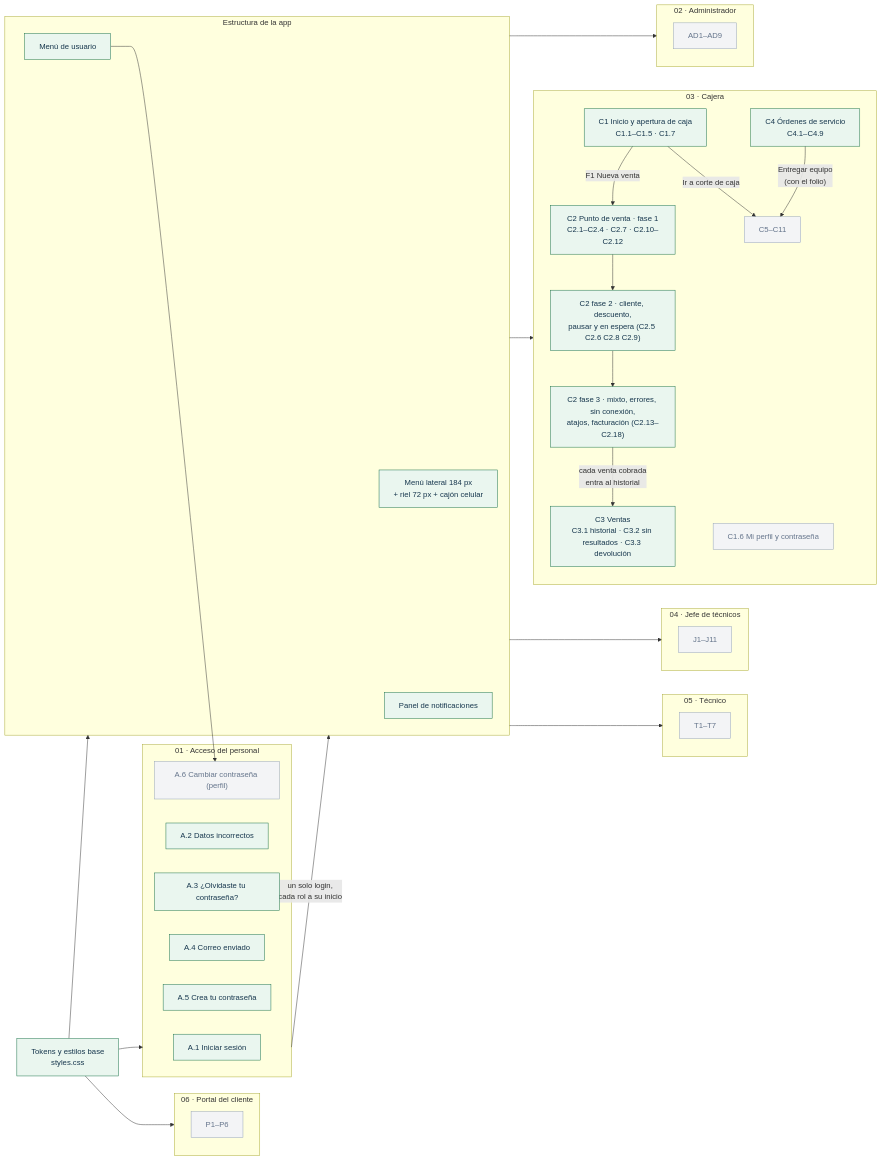
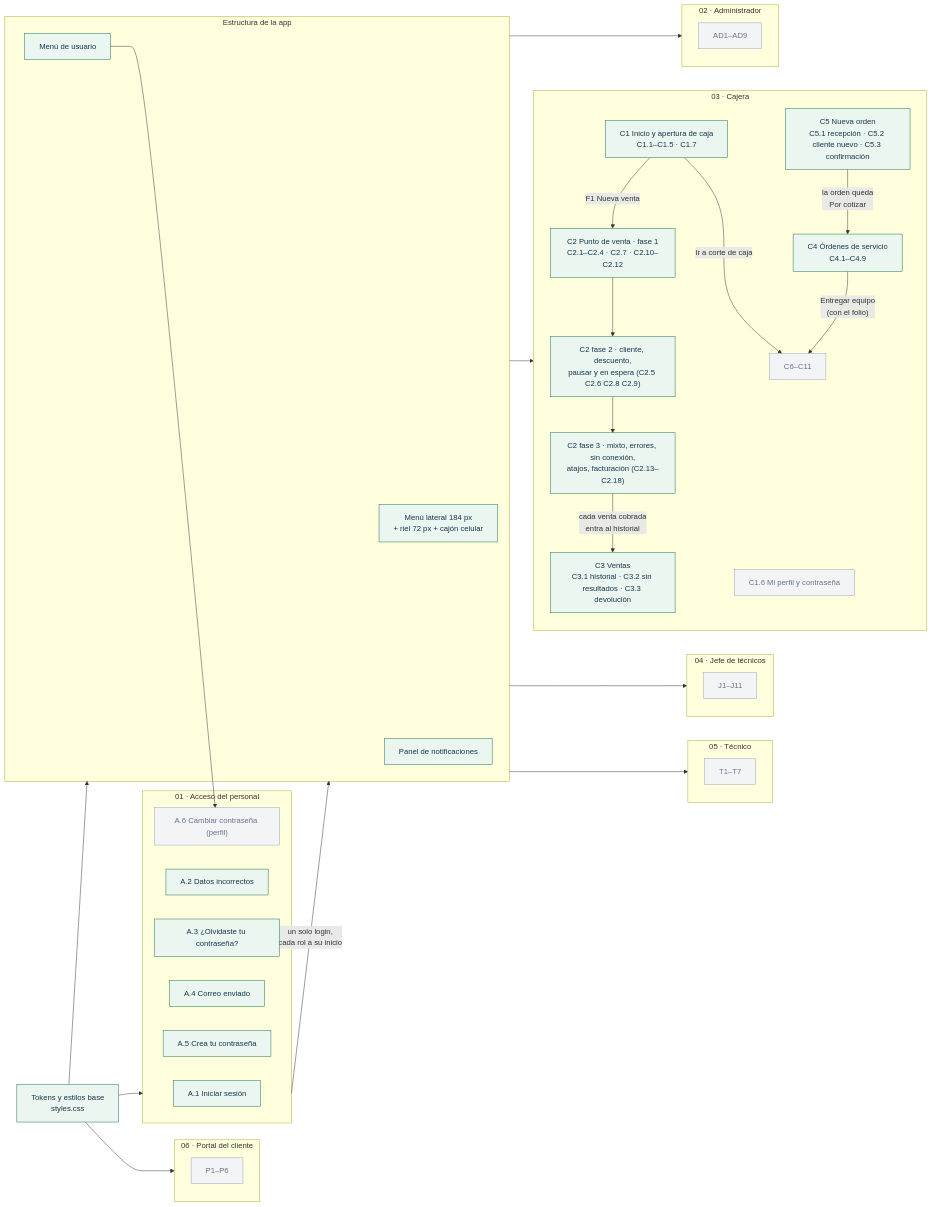
Before and after one commit to dianaaochoa/SHURI-Sistema-Gestion: the first of 3 diagrams in frontend/BITACORA.md, drawn with Mermaid. The commit also changed other lines of this file, not shown here.

Commit message:
docs(frontend): bitácora y grafos con Nueva orden (C5)

````diff
--- a/frontend/BITACORA.md
+++ b/frontend/BITACORA.md
@@ -15,58 +15,60 @@
 ```mermaid
 flowchart LR
   classDef hecho fill:#eaf6ef,stroke:#187047,color:#17374e
   classDef curso fill:#fff4dc,stroke:#925d0b,color:#17374e
   classDef pendiente fill:#f3f4f6,stroke:#94a3b8,color:#64748b
 
   BASE["Tokens y estilos base<br/>styles.css"]:::hecho
 
   subgraph ACC["01 · Acceso del personal"]
     A1["A.1 Iniciar sesión"]:::hecho
     A2["A.2 Datos incorrectos"]:::hecho
     A3["A.3 ¿Olvidaste tu contraseña?"]:::hecho
     A4["A.4 Correo enviado"]:::hecho
     A5["A.5 Crea tu contraseña"]:::hecho
     A6["A.6 Cambiar contraseña (perfil)"]:::pendiente
   end
 
   subgraph SHELL["Estructura de la app"]
     MENU["Menú lateral 184 px<br/>+ riel 72 px + cajón celular"]:::hecho
     USR["Menú de usuario"]:::hecho
     NOT["Panel de notificaciones"]:::hecho
   end
 
   subgraph ADM["02 · Administrador"]
     AD["AD1–AD9"]:::pendiente
   end
   subgraph CAJ["03 · Cajera"]
     C1["C1 Inicio y apertura de caja<br/>C1.1–C1.5 · C1.7"]:::hecho
     C16["C1.6 Mi perfil y contraseña"]:::pendiente
     C2A["C2 Punto de venta · fase 1<br/>C2.1–C2.4 · C2.7 · C2.10–C2.12"]:::hecho
     C2B["C2 fase 2 · cliente, descuento,<br/>pausar y en espera (C2.5 C2.6 C2.8 C2.9)"]:::hecho
     C2C["C2 fase 3 · mixto, errores, sin conexión,<br/>atajos, facturación (C2.13–C2.18)"]:::hecho
     C3["C3 Ventas<br/>C3.1 historial · C3.2 sin resultados · C3.3 devolución"]:::hecho
     C4["C4 Órdenes de servicio<br/>C4.1–C4.9"]:::hecho
-    C["C5–C11"]:::pendiente
+    C5["C5 Nueva orden<br/>C5.1 recepción · C5.2 cliente nuevo · C5.3 confirmación"]:::hecho
+    C["C6–C11"]:::pendiente
   end
   subgraph JEF["04 · Jefe de técnicos"]
     J["J1–J11"]:::pendiente
   end
   subgraph TEC["05 · Técnico"]
     T["T1–T7"]:::pendiente
   end
   subgraph POR["06 · Portal del cliente"]
     P["P1–P6"]:::pendiente
   end
 
   BASE --> ACC
   BASE --> SHELL
   ACC -->|"un solo login,<br/>cada rol a su inicio"| SHELL
   SHELL --> ADM & CAJ & JEF & TEC
   USR --> A6
   C1 -->|"F1 Nueva venta"| C2A
   C2A --> C2B --> C2C
   C2C -->|"cada venta cobrada<br/>entra al historial"| C3
+  C5 -->|"la orden queda<br/>Por cotizar"| C4
   C4 -->|"Entregar equipo<br/>(con el folio)"| C
   C1 -->|"Ir a corte de caja"| C
   BASE --> POR
 ```
````
